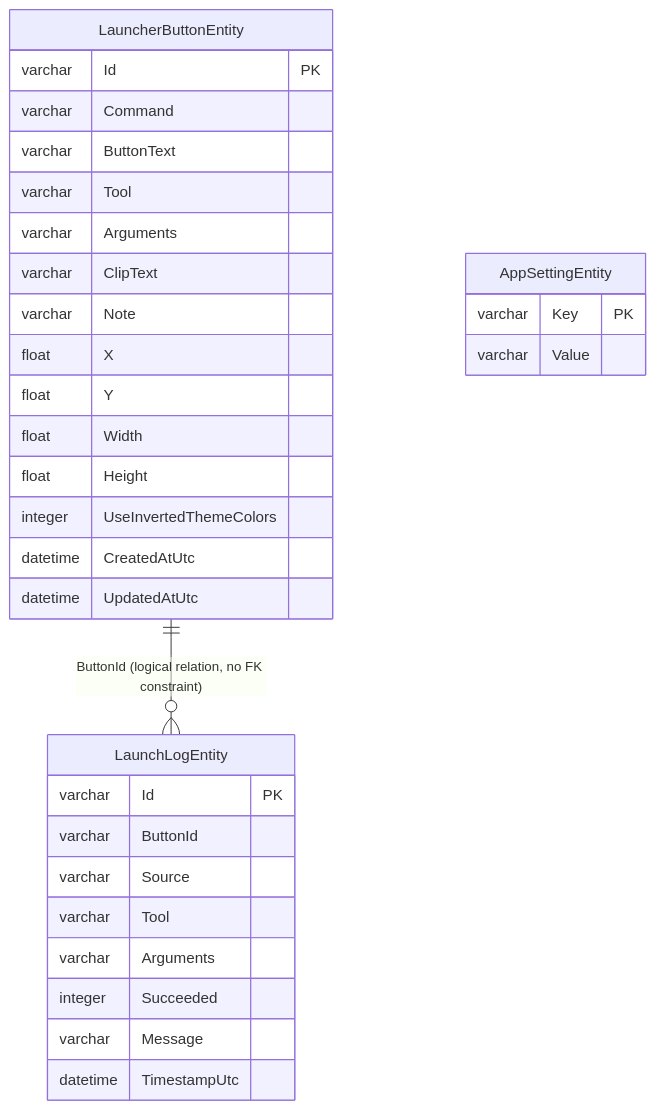
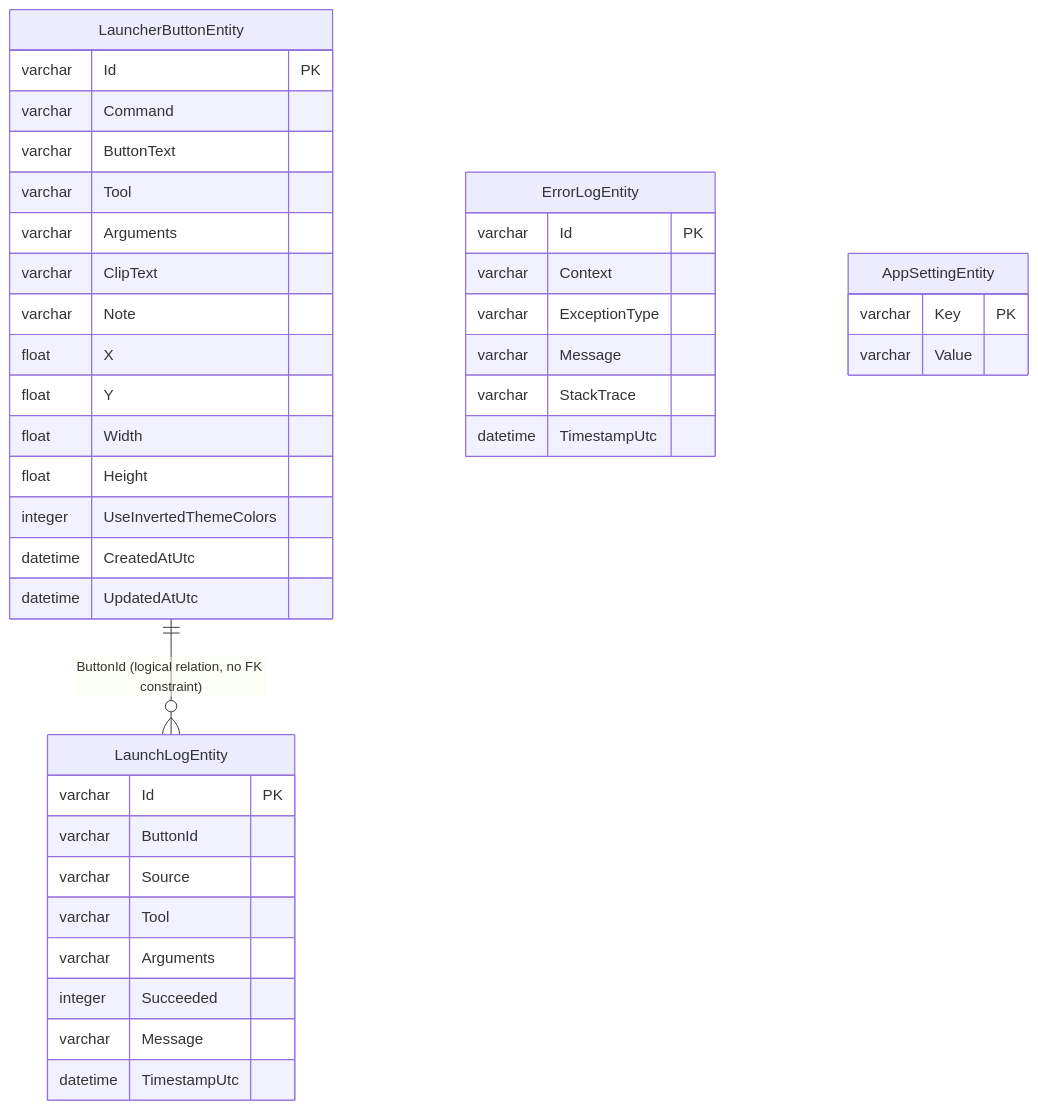
One commit to Widthdom/Praxis changed the diagram in docs/DATABASE_SCHEMA.md. Above: the diagram before and after it, drawn with Mermaid. The commit also changed other lines of this file and 9 other files, not shown here.

First line of the commit message:
Add DB-backed error logging for exception tracking

````diff
--- a/docs/DATABASE_SCHEMA.md
+++ b/docs/DATABASE_SCHEMA.md
@@ -40,37 +44,46 @@
 ```mermaid
 erDiagram
     LauncherButtonEntity {
         varchar Id PK
         varchar Command
         varchar ButtonText
         varchar Tool
         varchar Arguments
         varchar ClipText
         varchar Note
         float X
         float Y
         float Width
         float Height
         integer UseInvertedThemeColors
         datetime CreatedAtUtc
         datetime UpdatedAtUtc
     }
 
     LaunchLogEntity {
         varchar Id PK
         varchar ButtonId
         varchar Source
         varchar Tool
         varchar Arguments
         integer Succeeded
         varchar Message
         datetime TimestampUtc
     }
 
+    ErrorLogEntity {
+        varchar Id PK
+        varchar Context
+        varchar ExceptionType
+        varchar Message
+        varchar StackTrace
+        datetime TimestampUtc
+    }
+
     AppSettingEntity {
         varchar Key PK
         varchar Value
     }
 
     LauncherButtonEntity ||--o{ LaunchLogEntity : "ButtonId (logical relation, no FK constraint)"
 ```
````
